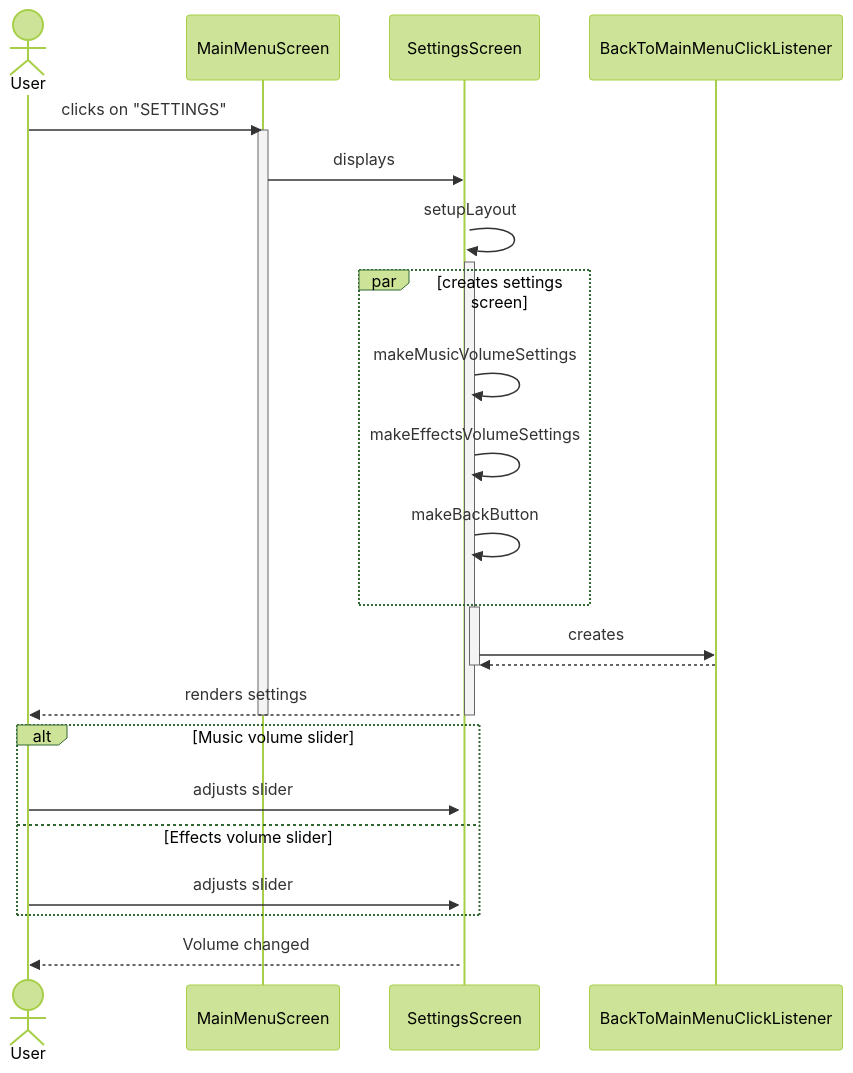
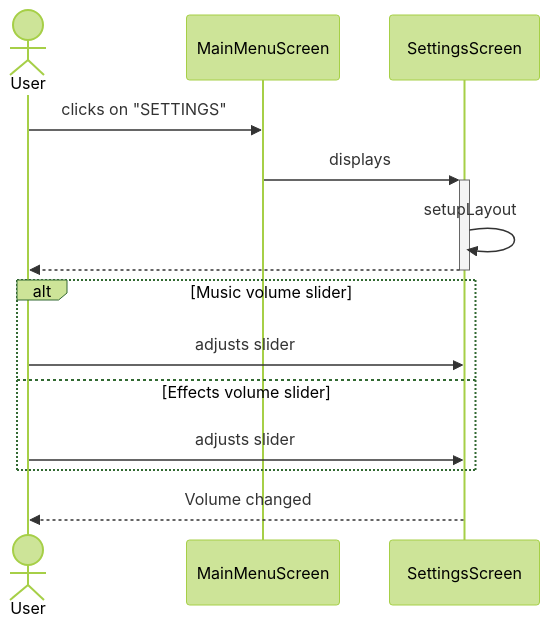
The fourth of 14 diagrams in docs/sequence_diagram/index.md (BIRSAx2/klotski), drawn with Mermaid (forest theme) before and after one commit. The commit also changed other lines of this file, not shown here.

````diff
--- a/docs/sequence_diagram/index.md
+++ b/docs/sequence_diagram/index.md
@@ -126,38 +129,20 @@
 ```mermaid
 sequenceDiagram
     actor User
     participant MainMenuScreen
     participant SettingsScreen
-    participant BackToMainMenuClickListener
 
     User ->> MainMenuScreen: clicks on "SETTINGS"
-    activate MainMenuScreen
-    MainMenuScreen ->> SettingsScreen: displays
-    activate SettingsScreen
+    MainMenuScreen ->>+ SettingsScreen: displays
     SettingsScreen ->> SettingsScreen: setupLayout
-    activate SettingsScreen
-
-    par creates settings screen
-        SettingsScreen ->> SettingsScreen: makeMusicVolumeSettings
-        SettingsScreen ->> SettingsScreen: makeEffectsVolumeSettings
-        SettingsScreen ->> SettingsScreen: makeBackButton
-    end
-
-    activate SettingsScreen
-    SettingsScreen ->> BackToMainMenuClickListener: creates
-    BackToMainMenuClickListener -->> SettingsScreen: 
-    deactivate SettingsScreen
-
-    SettingsScreen -->> User: renders settings
-    deactivate SettingsScreen
-    deactivate MainMenuScreen
+    SettingsScreen -->>- User: 
     
     alt Music volume slider
         User ->> SettingsScreen: adjusts slider
     else Effects volume slider
         User ->> SettingsScreen: adjusts slider
     end
 
     SettingsScreen -->> User: Volume changed
 
 ```
````
